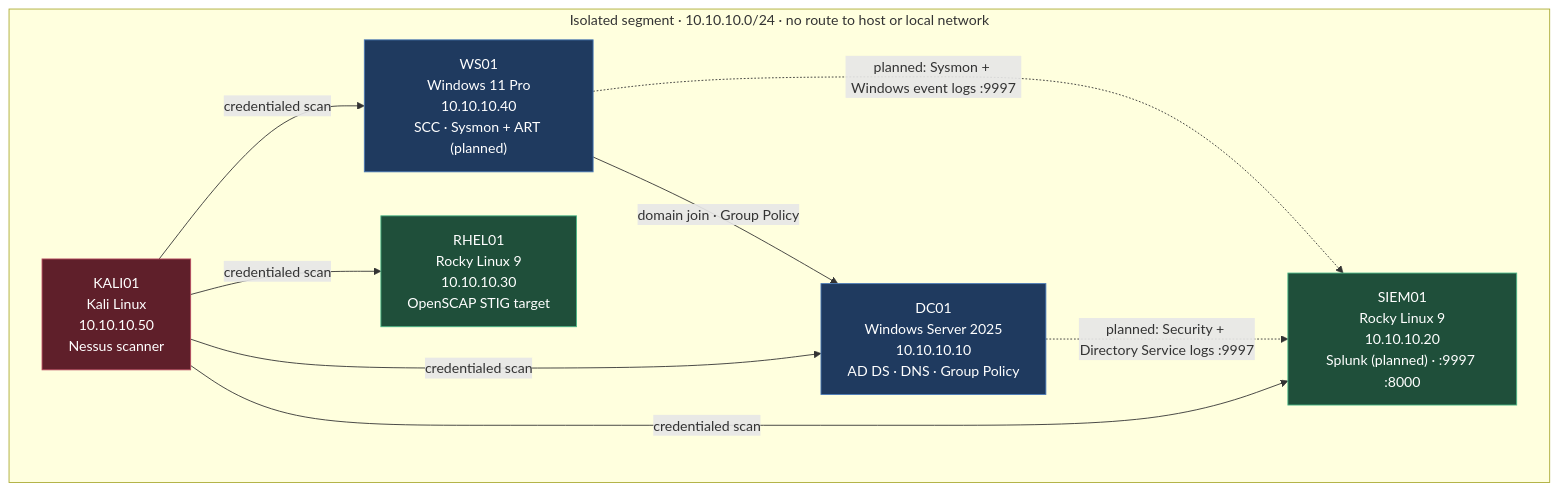
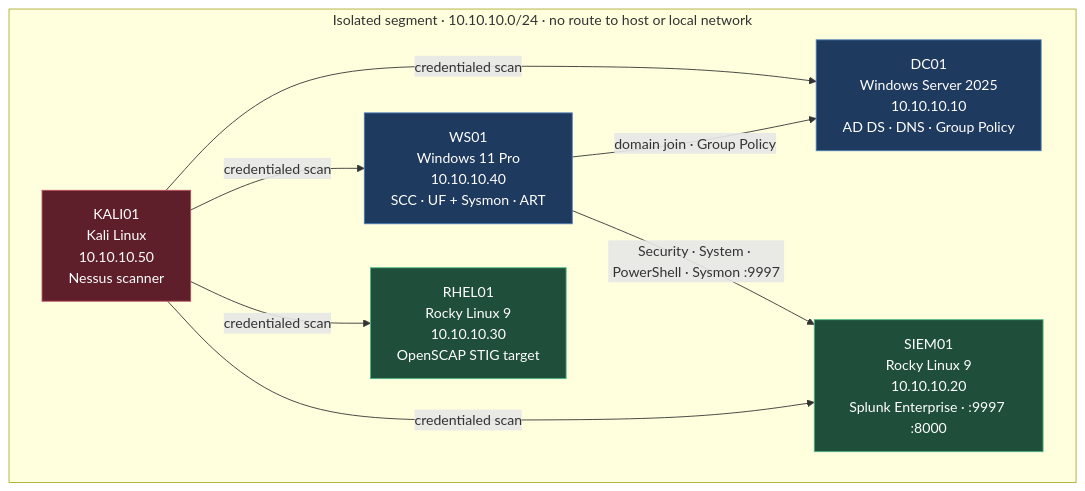
Before and after one commit to SamEmerson1/federal-homelab: the diagram in README.md, drawn with Mermaid. The commit also changed other lines of this file and 3 other files, not shown here.

First line of the commit message:
README and architecture: reflect the live logging pipeline

````diff
--- a/README.md
+++ b/README.md
@@ -35,25 +35,24 @@
 ```mermaid
 graph TB
     subgraph LABNET["Isolated segment · 10.10.10.0/24 · no route to host or local network"]
         DC01["DC01<br/>Windows Server 2025<br/>10.10.10.10<br/>AD DS · DNS · Group Policy"]
-        SIEM01["SIEM01<br/>Rocky Linux 9<br/>10.10.10.20<br/>Splunk (planned) · :9997 :8000"]
+        SIEM01["SIEM01<br/>Rocky Linux 9<br/>10.10.10.20<br/>Splunk Enterprise · :9997 :8000"]
         RHEL01["RHEL01<br/>Rocky Linux 9<br/>10.10.10.30<br/>OpenSCAP STIG target"]
-        WS01["WS01<br/>Windows 11 Pro<br/>10.10.10.40<br/>SCC · Sysmon + ART (planned)"]
+        WS01["WS01<br/>Windows 11 Pro<br/>10.10.10.40<br/>SCC · UF + Sysmon · ART"]
         KALI01["KALI01<br/>Kali Linux<br/>10.10.10.50<br/>Nessus scanner"]
     end
 
     WS01 -->|"domain join · Group Policy"| DC01
-    WS01 -.->|"planned: Sysmon + Windows event logs :9997"| SIEM01
-    DC01 -.->|"planned: Security + Directory Service logs :9997"| SIEM01
+    WS01 -->|"Security · System · PowerShell · Sysmon :9997"| SIEM01
     KALI01 -->|"credentialed scan"| DC01
     KALI01 -->|"credentialed scan"| WS01
     KALI01 -->|"credentialed scan"| RHEL01
     KALI01 -->|"credentialed scan"| SIEM01
 
     classDef win fill:#1f3a5f,stroke:#4a7ab8,color:#ffffff
     classDef lin fill:#1f4f3a,stroke:#4ab887,color:#ffffff
     classDef atk fill:#5f1f2a,stroke:#b84a5f,color:#ffffff
     class DC01,WS01 win
     class SIEM01,RHEL01 lin
     class KALI01 atk
 ```
````
